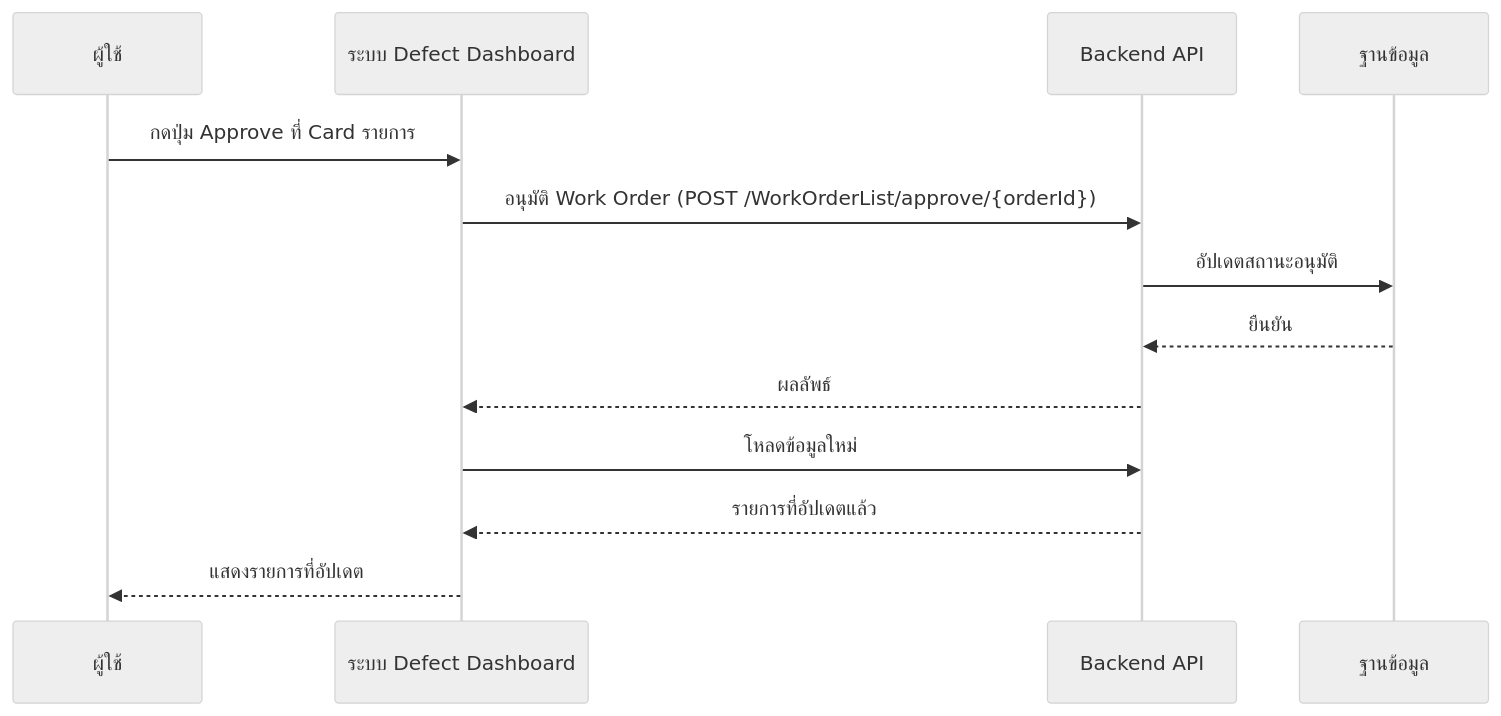
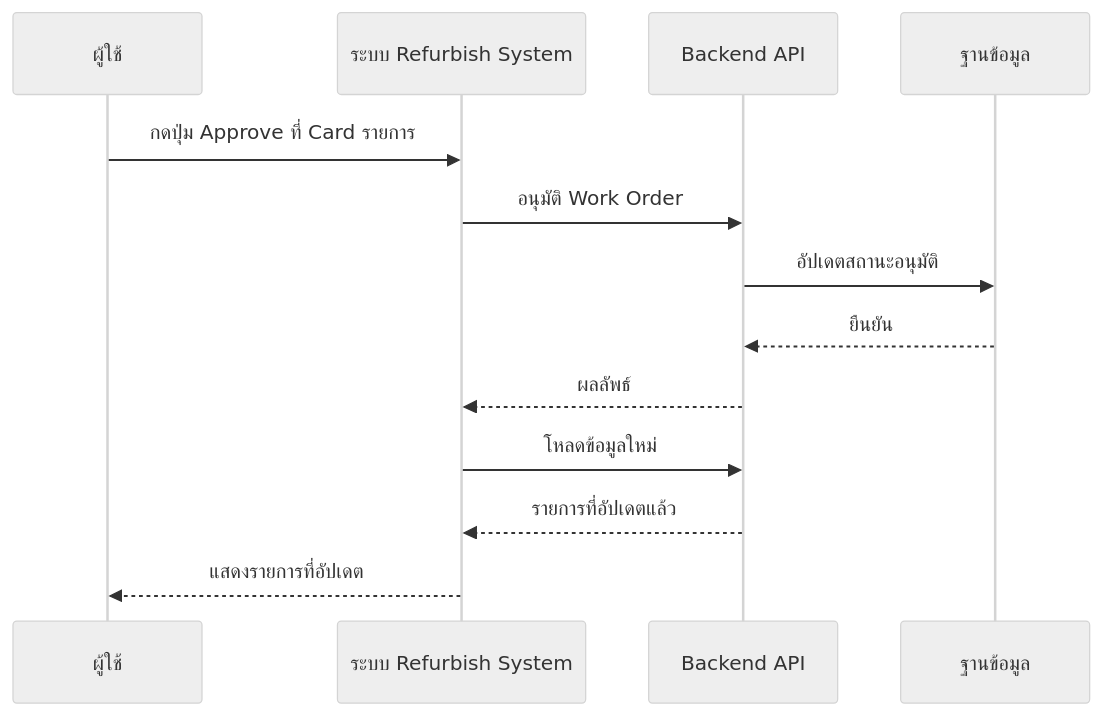
One commit to akkdach/pro-iot-mobile changed the fourth of 5 diagrams in docs/DefectDashboard_SequenceDiagram.md. Above: the diagram before and after it, drawn with Mermaid (neutral theme). The commit also changed other lines of this file and 2 other files, not shown here.

````diff
--- a/docs/DefectDashboard_SequenceDiagram.md
+++ b/docs/DefectDashboard_SequenceDiagram.md
@@ -53,16 +53,16 @@
 ```mermaid
 sequenceDiagram
     participant U as ผู้ใช้
-    participant DD as ระบบ Defect Dashboard
+    participant DD as ระบบ Refurbish System
     participant API as Backend API
     participant DB as ฐานข้อมูล
 
     U->>DD: กดปุ่ม Approve ที่ Card รายการ
-    DD->>API: อนุมัติ Work Order (POST /WorkOrderList/approve/{orderId})
+    DD->>API: อนุมัติ Work Order   
     API->>DB: อัปเดตสถานะอนุมัติ
     DB-->>API: ยืนยัน
     API-->>DD: ผลลัพธ์
     DD->>API: โหลดข้อมูลใหม่
     API-->>DD: รายการที่อัปเดตแล้ว
     DD-->>U: แสดงรายการที่อัปเดต
 ```
````
